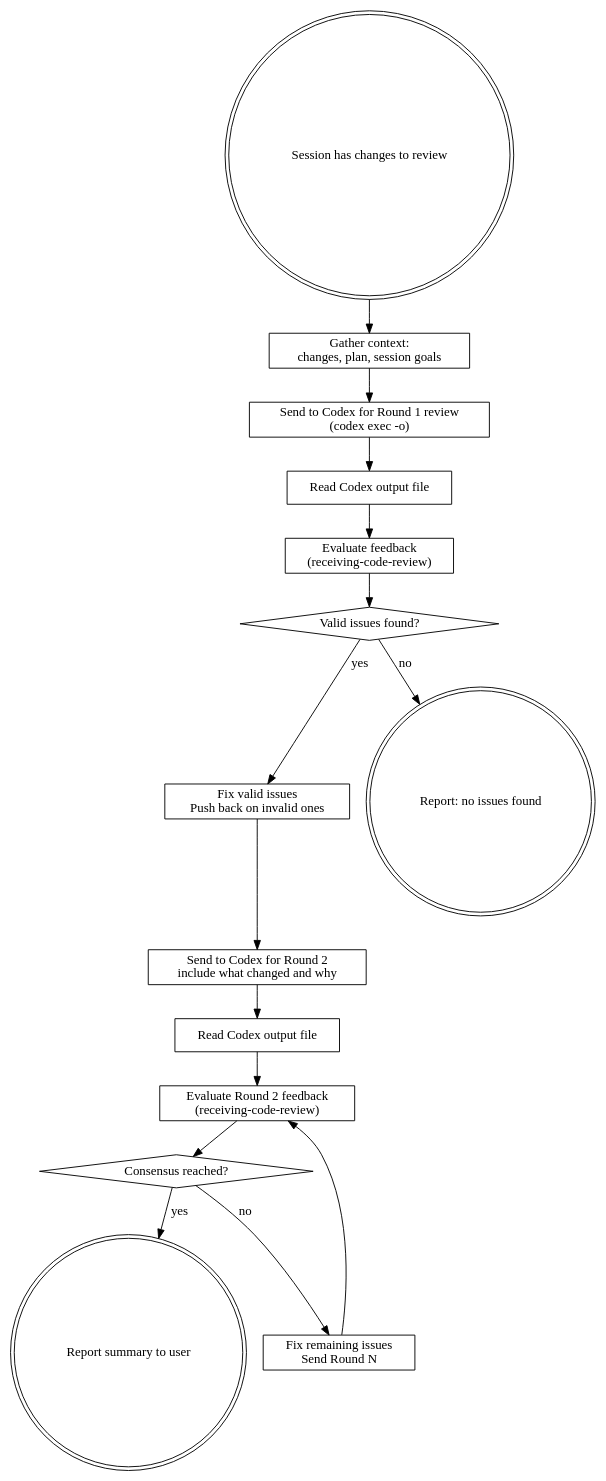
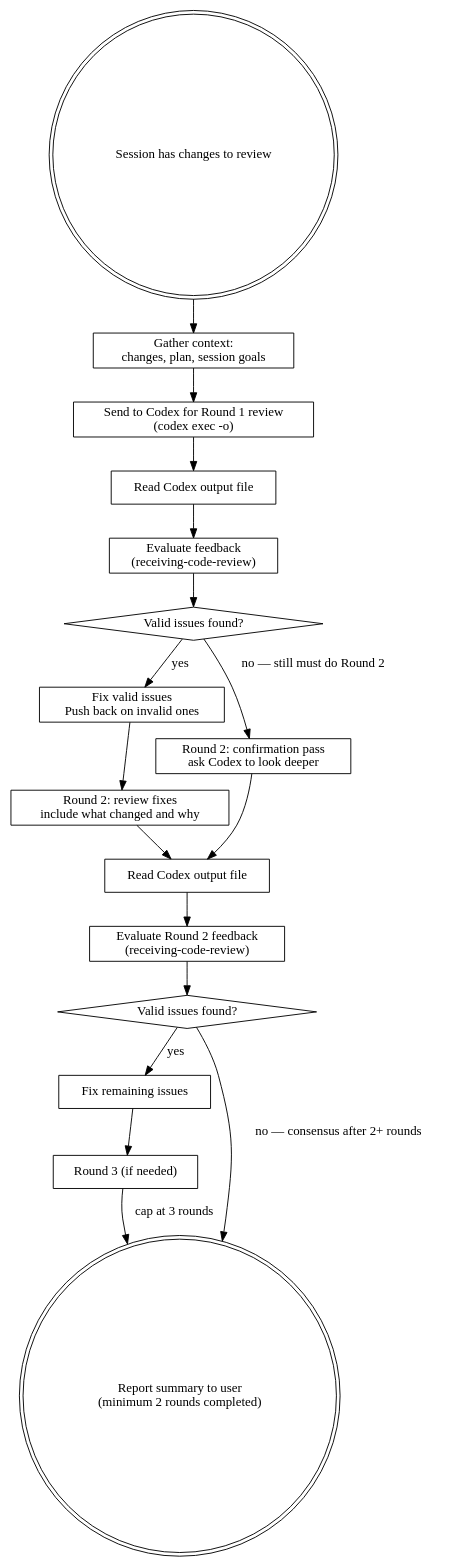
The diagram in codex-reviewer/SKILL.md (razorblade3975/claude-skills), drawn with Graphviz before and after one commit. The commit also changed other lines of this file, not shown here.

Commit message:
update: enforce at least 2 rounds for codex-reviewer

````diff
--- a/codex-reviewer/SKILL.md
+++ b/codex-reviewer/SKILL.md
@@ -23,35 +25,38 @@
 ```dot
 digraph codex_review {
     rankdir=TB;
 
     start [label="Session has changes to review" shape=doublecircle];
     gather [label="Gather context:\nchanges, plan, session goals" shape=box];
     round1 [label="Send to Codex for Round 1 review\n(codex exec -o)" shape=box];
     read1 [label="Read Codex output file" shape=box];
     receive1 [label="Evaluate feedback\n(receiving-code-review)" shape=box];
     has_valid [label="Valid issues found?" shape=diamond];
     fix [label="Fix valid issues\nPush back on invalid ones" shape=box];
-    round2 [label="Send to Codex for Round 2\ninclude what changed and why" shape=box];
+    round2_fixes [label="Round 2: review fixes\ninclude what changed and why" shape=box];
+    round2_confirm [label="Round 2: confirmation pass\nask Codex to look deeper" shape=box];
     read2 [label="Read Codex output file" shape=box];
     receive2 [label="Evaluate Round 2 feedback\n(receiving-code-review)" shape=box];
-    consensus [label="Consensus reached?" shape=diamond];
-    more_rounds [label="Fix remaining issues\nSend Round N" shape=box];
-    report [label="Report summary to user" shape=doublecircle];
-    no_issues [label="Report: no issues found" shape=doublecircle];
+    has_valid2 [label="Valid issues found?" shape=diamond];
+    fix2 [label="Fix remaining issues" shape=box];
+    round3 [label="Round 3 (if needed)" shape=box];
+    report [label="Report summary to user\n(minimum 2 rounds completed)" shape=doublecircle];
 
     start -> gather;
     gather -> round1;
     round1 -> read1;
     read1 -> receive1;
     receive1 -> has_valid;
     has_valid -> fix [label="yes"];
-    has_valid -> no_issues [label="no"];
-    fix -> round2;
-    round2 -> read2;
+    has_valid -> round2_confirm [label="no — still must do Round 2"];
+    fix -> round2_fixes;
+    round2_fixes -> read2;
+    round2_confirm -> read2;
     read2 -> receive2;
-    receive2 -> consensus;
-    consensus -> report [label="yes"];
-    consensus -> more_rounds [label="no"];
-    more_rounds -> receive2;
+    receive2 -> has_valid2;
+    has_valid2 -> report [label="no — consensus after 2+ rounds"];
+    has_valid2 -> fix2 [label="yes"];
+    fix2 -> round3;
+    round3 -> report [label="cap at 3 rounds"];
 }
 ```
````
